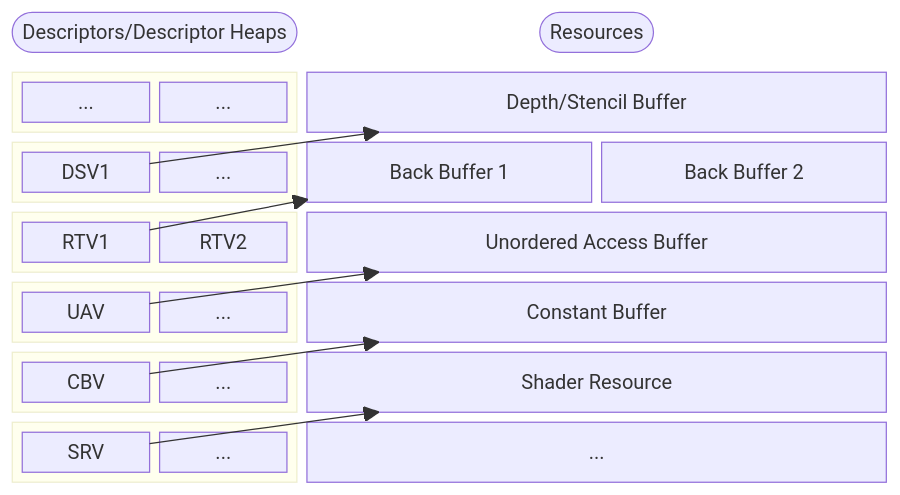
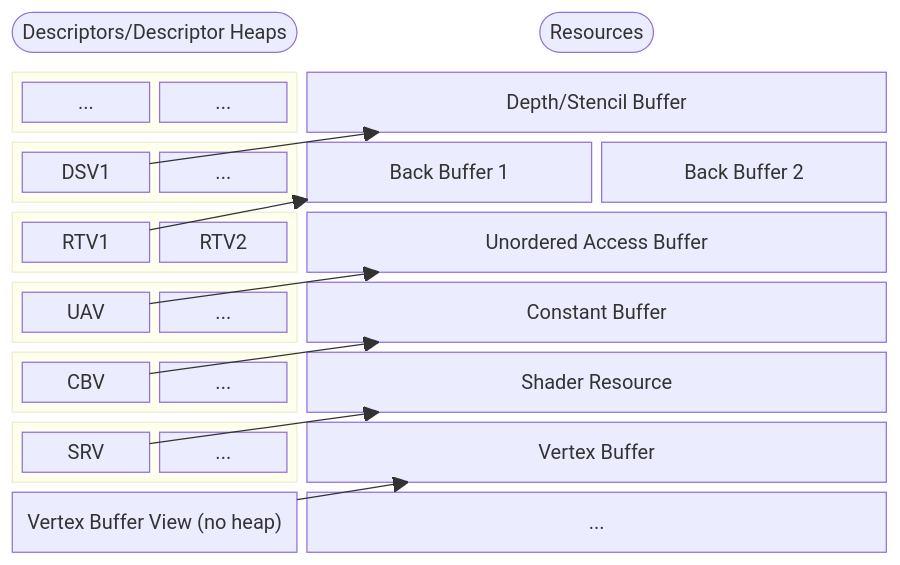
The diagram in doc/resource_management_diagrams.md (altomenoqupi/d3d12-experiments), drawn with Mermaid before and after one commit.

Commit message:
Add Vertex Buffers to the diagram.

````diff
--- a/doc/resource_management_diagrams.md
+++ b/doc/resource_management_diagrams.md
@@ -4,50 +4,54 @@
 ```mermaid
 block-beta
 columns 3
 desc_label(["Descriptors/Descriptor Heaps"]):1
 res_label(["Resources"]):2
 
 block
 	columns 2
 	dummy_descriptor_for_shift_1["..."] dummy_descriptor_for_shift_2["..."] 
 end
 
 ds_1["Depth/Stencil Buffer"]:2
 block
 	columns 2
 	dsv_1["DSV1"] dsv_n["..."]
 end
 
 rt_1["Back Buffer 1"]:1
 rt21["Back Buffer 2"]:1
 block
     columns 2
 	rtv_1["RTV1"] rtv_n["RTV2"]
 end
 
 ua_1["Unordered Access Buffer"]:2
 block
     columns 2
 	uav_1["UAV"] uav_n["..."]
 end
 
 cb_1["Constant Buffer"]:2
 block
     columns 2
 	cbv_1["CBV"] cbv_n["..."]
 end
 
 sr_1["Shader Resource"]:2
 block
     columns 2
 	srv_1["SRV"] srv_n["..."]
 end
 
+vb_1["Vertex Buffer"]:2
+vbv_1["Vertex Buffer View (no heap)"]
+
 dummy_resource_for_offset["..."]:2
 
 dsv_1-->ds_1
 rtv_1-->rt_1
 uav_1-->ua_1
 cbv_1-->cb_1
 srv_1-->sr_1
+vbv_1-->vb_1
 ```
````
